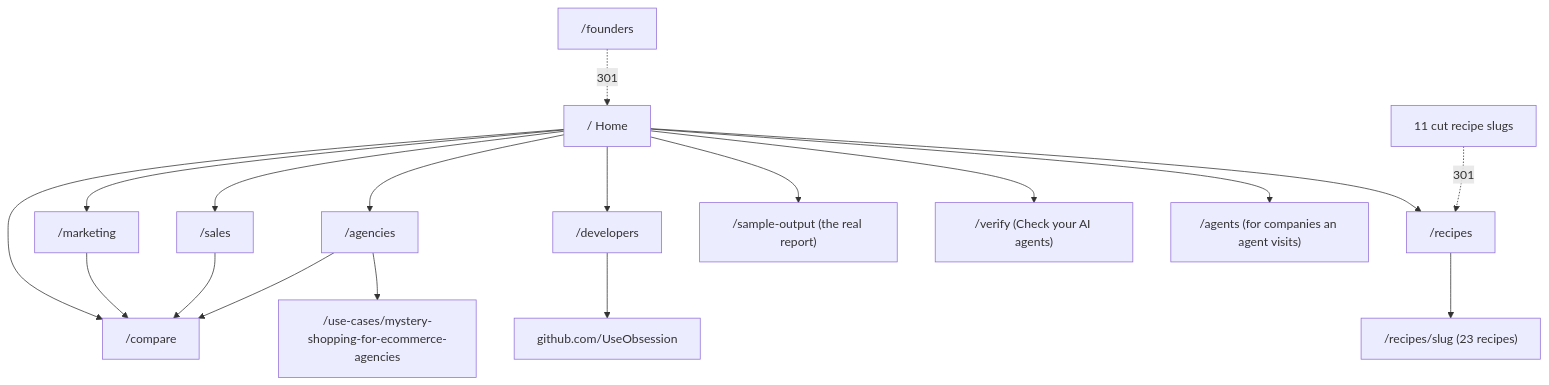
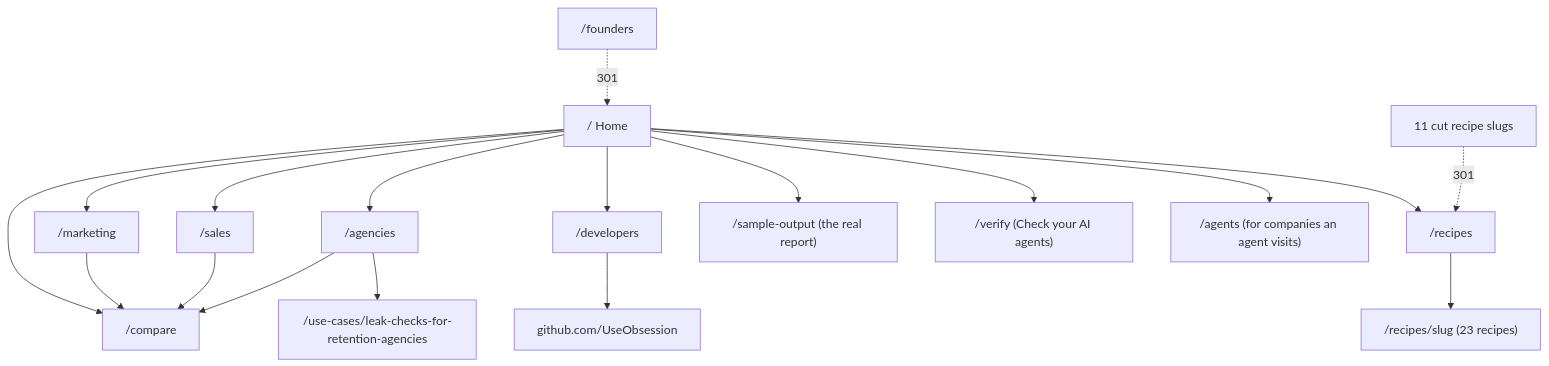
Before and after one commit to UseObsession/homepage: the first of 2 diagrams in COPY.md, drawn with Mermaid. The commit also changed other lines of this file and 11 other files, not shown here.

First line of the commit message:
Merge mystery shopping for ecommerce agencies into leak checks

````diff
--- a/COPY.md
+++ b/COPY.md
@@ -137,20 +137,20 @@
 ```mermaid
 flowchart TD
   H["/ Home"] --> M["/marketing"]
   H --> S["/sales"]
   H --> A["/agencies"]
   H --> D["/developers"]
   H --> C["/compare"]
   H --> R["/recipes"]
   H --> SO["/sample-output (the real report)"]
   R --> RP["/recipes/slug (23 recipes)"]
   H --> V["/verify (Check your AI agents)"]
   M --> C
   S --> C
   A --> C
-  A --> UC["/use-cases/mystery-shopping-for-ecommerce-agencies"]
+  A --> UC["/use-cases/leak-checks-for-retention-agencies"]
   D --> GH["github.com/UseObsession"]
   H --> AG["/agents (for companies an agent visits)"]
   F["/founders"] -. 301 .-> H
   X["11 cut recipe slugs"] -. 301 .-> R
 ```
````
